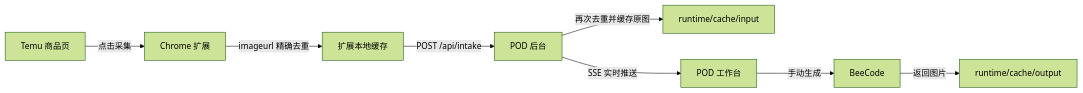
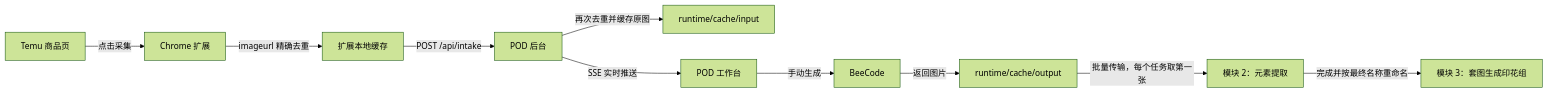
Before and after one commit to Spacexist/POD-html: the diagram in README.md, drawn with Mermaid (forest theme). The commit also changed other lines of this file and 16 other files, not shown here.

````diff
--- a/README.md
+++ b/README.md
@@ -37,10 +39,12 @@
 ```mermaid
 flowchart LR
     A["Temu 商品页"] -->|点击采集| B["Chrome 扩展"]
     B -->|imageurl 精确去重| C["扩展本地缓存"]
     C -->|POST /api/intake| D["POD 后台"]
     D -->|再次去重并缓存原图| E["runtime/cache/input"]
     D -->|SSE 实时推送| F["POD 工作台"]
     F -->|手动生成| G["BeeCode"]
     G -->|返回图片| H["runtime/cache/output"]
+    H -->|批量传输，每个任务取第一张| I["模块 2：元素提取"]
+    I -->|完成并按最终名称重命名| J["模块 3：套图生成印花组"]
 ```
````
